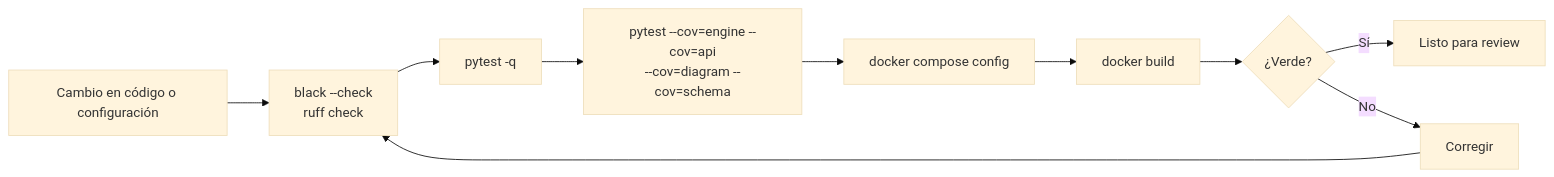
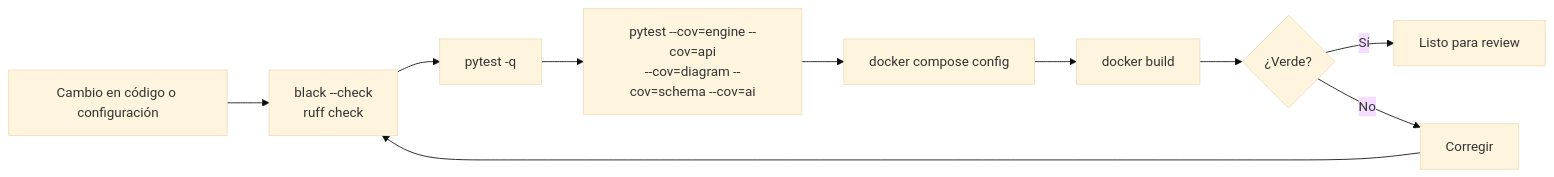
Before and after one commit to leyverAAA/InfraWise: the second of 2 diagrams in README.md, drawn with Mermaid (base theme). The commit also changed other lines of this file and 11 other files, not shown here.

````diff
--- a/README.md
+++ b/README.md
@@ -296,12 +298,12 @@
 ```mermaid
 flowchart LR
     Code["Cambio en código o configuración"] --> FMT["black --check<br/>ruff check"]
     FMT --> VAL["pytest -q"]
-    VAL --> COV["pytest --cov=engine --cov=api<br/>--cov=diagram --cov=schema"]
+    VAL --> COV["pytest --cov=engine --cov=api<br/>--cov=diagram --cov=schema --cov=ai"]
     COV --> COMPOSE["docker compose config"]
     COMPOSE --> IMAGE["docker build"]
     IMAGE --> GREEN{"¿Verde?"}
     GREEN -->|Sí| Merge["Listo para review"]
     GREEN -->|No| Fix["Corregir"]
     Fix --> FMT
 ```
````
